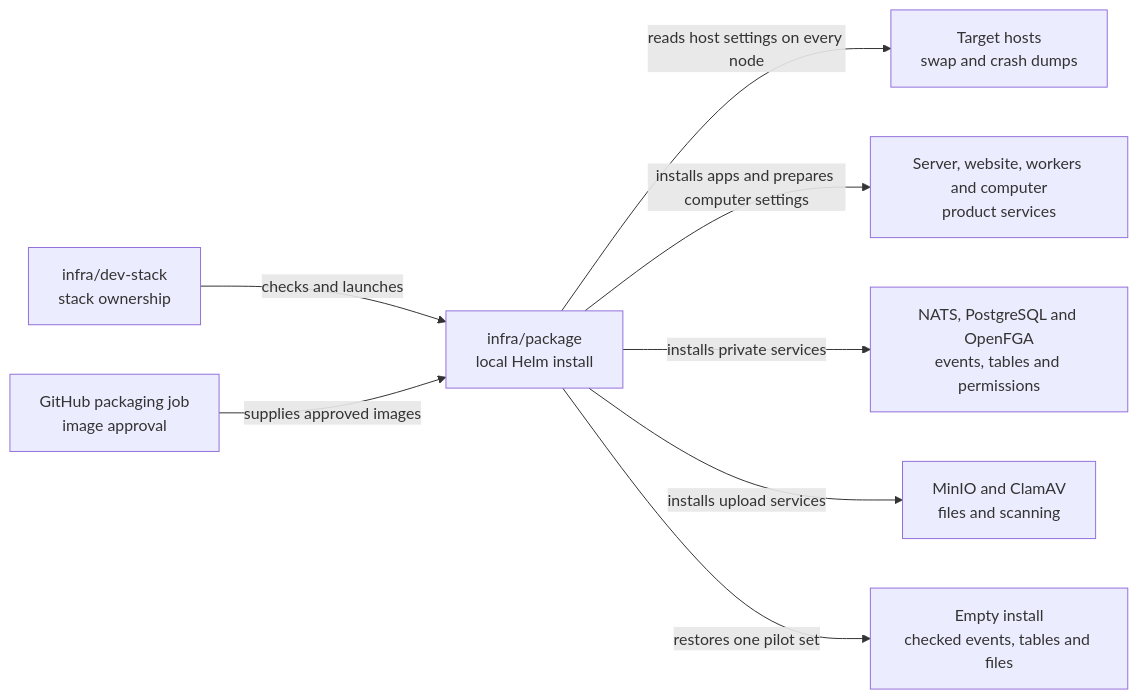
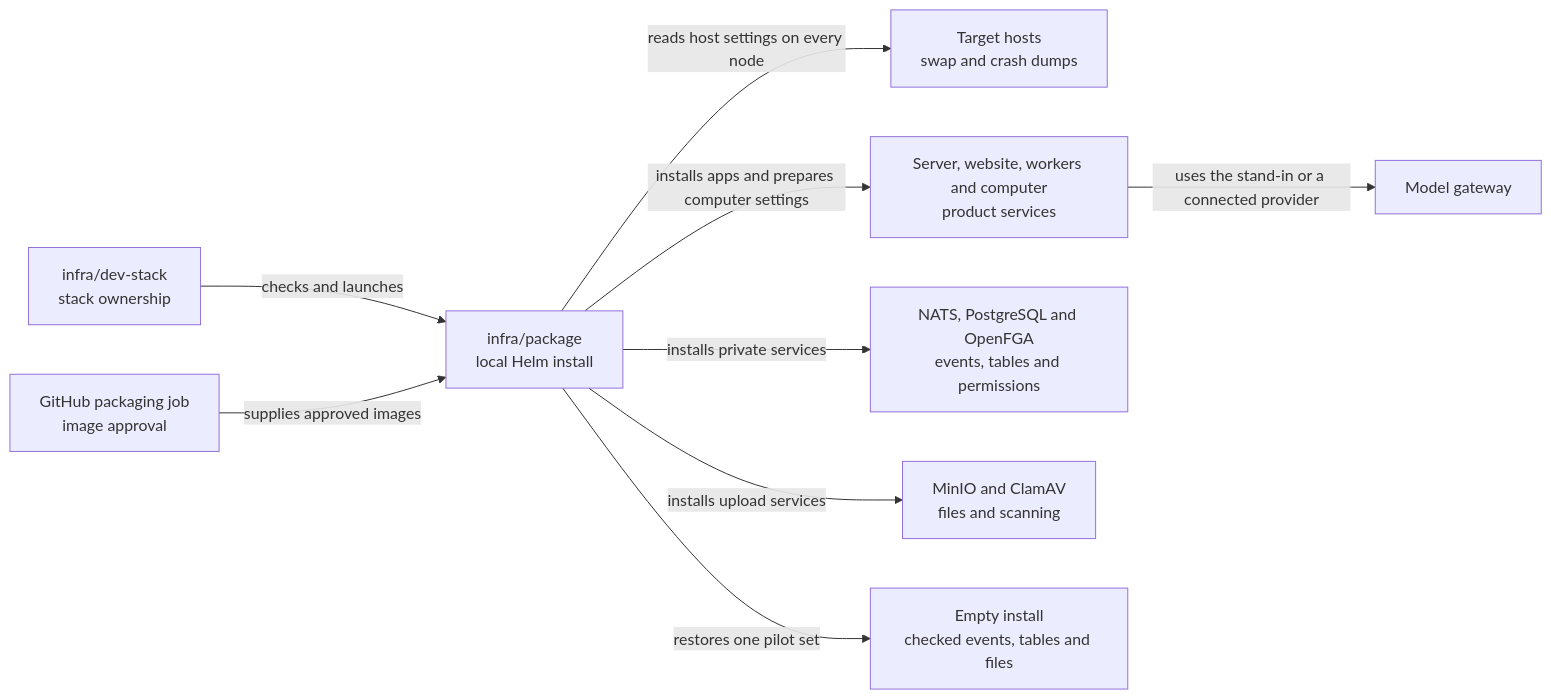
One commit to elewa-git/opencrane-new changed the diagram in infra/package/README.md. Above: the diagram before and after it, drawn with Mermaid. The commit also changed other lines of this file and 27 other files, not shown here.

First line of the commit message:
🧠 Let packaged installs use a connected model provider

````diff
--- a/infra/package/README.md
+++ b/infra/package/README.md
@@ -18,10 +18,11 @@
 ```mermaid
 flowchart LR
   stack["infra/dev-stack<br/>stack ownership"] -->|checks and launches| package["infra/package<br/>local Helm install"]
   packaging["GitHub packaging job<br/>image approval"] -->|supplies approved images| package
   package -->|reads host settings on every node| hosts["Target hosts<br/>swap and crash dumps"]
   package -->|installs apps and prepares computer settings| apps["Server, website, workers and computer<br/>product services"]
   package -->|installs private services| services["NATS, PostgreSQL and OpenFGA<br/>events, tables and permissions"]
+  apps -->|uses the stand-in or a connected provider| models["Model gateway"]
   package -->|installs upload services| files["MinIO and ClamAV<br/>files and scanning"]
   package -->|restores one pilot set| restore["Empty install<br/>checked events, tables and files"]
 ```
````
